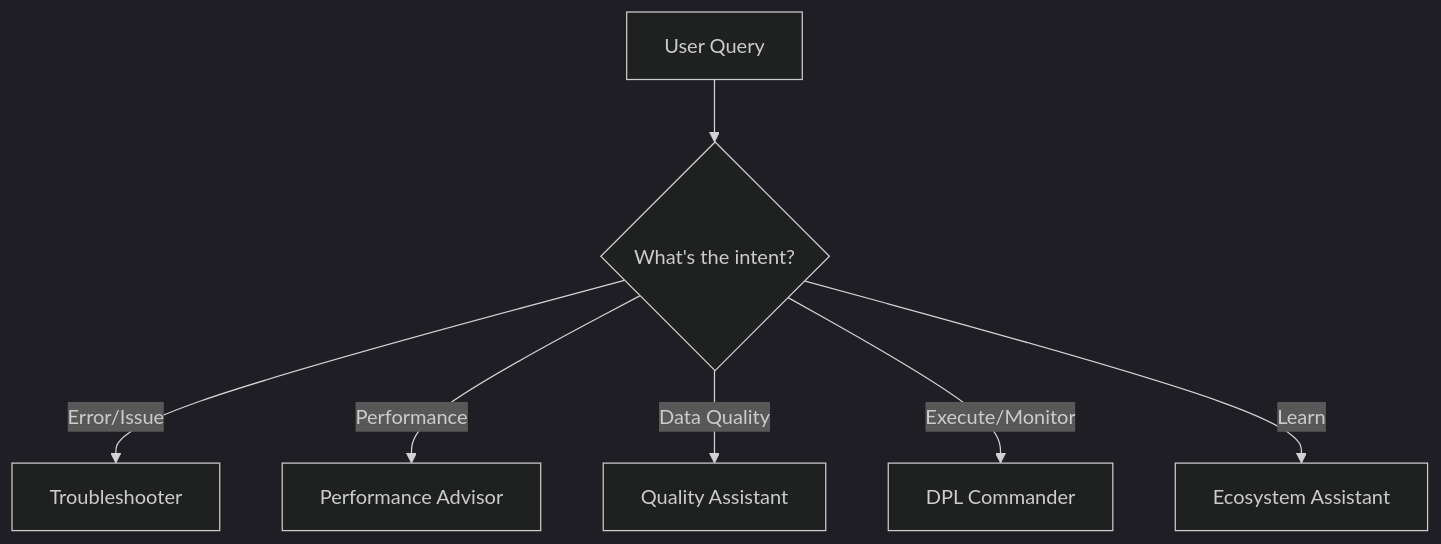
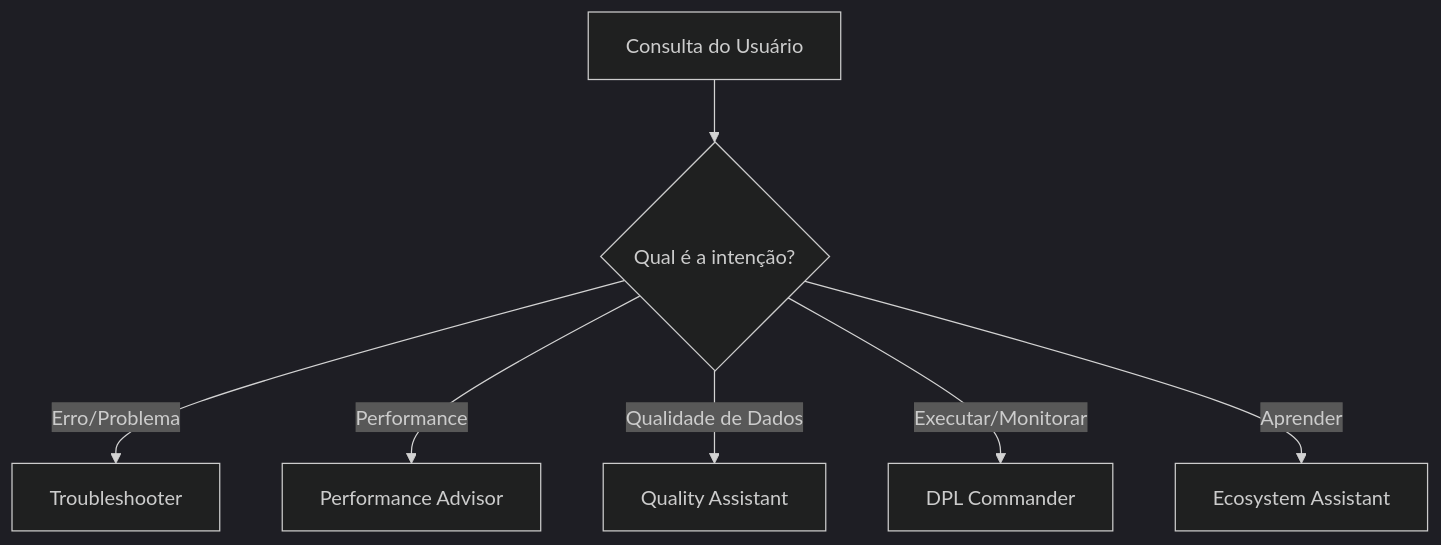
One commit to VictorCappelletto/data_agent_ia_01 changed the seventh of 11 diagrams in docs/architecture/agent-flow.md. Above: the diagram before and after it, drawn with Mermaid (dark theme). The commit also changed other lines of this file and 11 other files, not shown here.

````diff
--- a/docs/architecture/agent-flow.md
+++ b/docs/architecture/agent-flow.md
@@ -142,9 +142,9 @@
 ```mermaid
 graph TD
-    A[User Query] --> B{What's the intent?}
-    B -->|Error/Issue| C[Troubleshooter]
+    A[Consulta do Usuário] --> B{Qual é a intenção?}
+    B -->|Erro/Problema| C[Troubleshooter]
     B -->|Performance| D[Performance Advisor]
-    B -->|Data Quality| E[Quality Assistant]
-    B -->|Execute/Monitor| F[DPL Commander]
-    B -->|Learn| G[Ecosystem Assistant]
+    B -->|Qualidade de Dados| E[Quality Assistant]
+    B -->|Executar/Monitorar| F[DPL Commander]
+    B -->|Aprender| G[Ecosystem Assistant]
 ```
````
